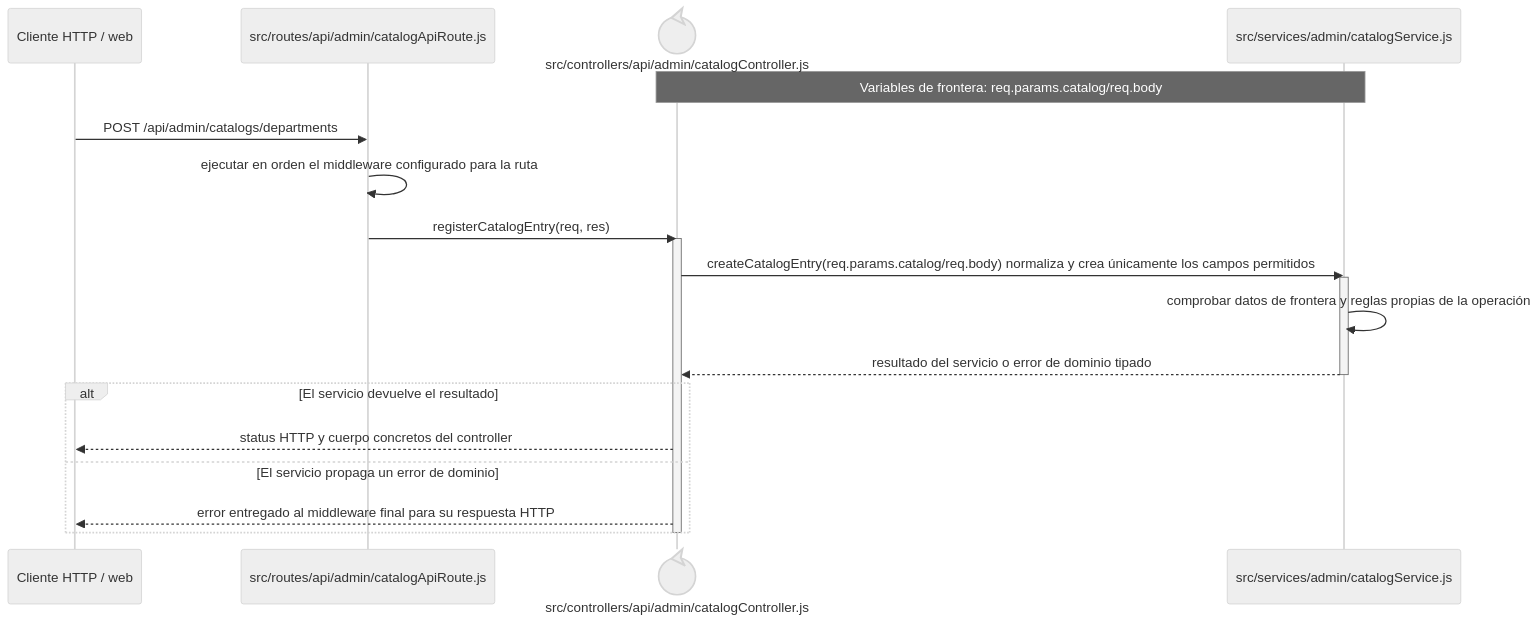
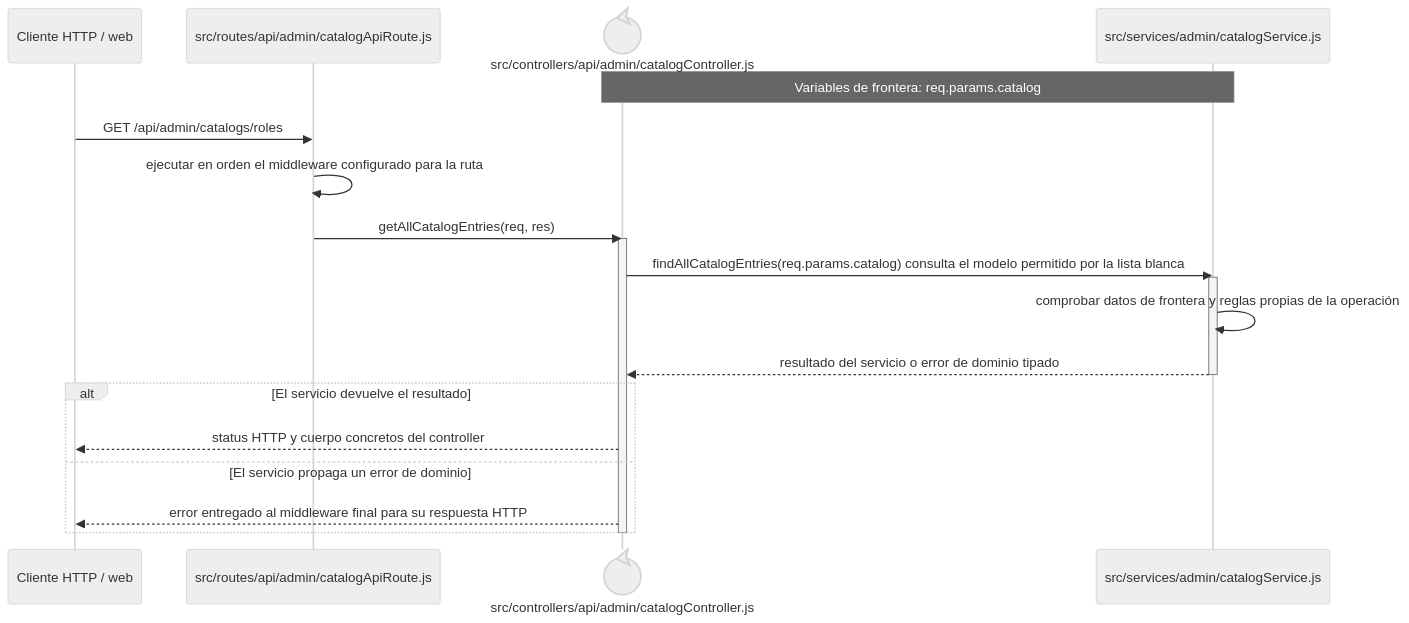
Before and after one commit to gpgsistemas01/nexus: the diagram in docs/architecture/backend-code-sequences/catalogs/cu-cat-28.md, drawn with Mermaid (neutral theme). The commit also changed other lines of this file and 207 other files, not shown here.

````diff
--- a/docs/architecture/backend-code-sequences/catalogs/cu-cat-28.md
+++ b/docs/architecture/backend-code-sequences/catalogs/cu-cat-28.md
@@ -6,24 +6,24 @@
 ```mermaid
 sequenceDiagram
     participant Client as Cliente HTTP / web
     participant Route as src/routes/api/admin/catalogApiRoute.js
     participant Controller@{ "type": "control" } as src/controllers/api/admin/catalogController.js
     participant Domain as src/services/admin/catalogService.js
-    Note over Controller,Domain: Variables de frontera: req.params.catalog/req.body
+    Note over Controller,Domain: Variables de frontera: req.params.catalog
 
-    Client->>Route: POST /api/admin/catalogs/departments
+    Client->>Route: GET /api/admin/catalogs/roles
     Route->>Route: ejecutar en orden el middleware configurado para la ruta
-    Route->>Controller: registerCatalogEntry(req, res)
+    Route->>Controller: getAllCatalogEntries(req, res)
     activate Controller
-    Controller->>Domain: createCatalogEntry(req.params.catalog/req.body) normaliza y crea únicamente los campos permitidos
+    Controller->>Domain: findAllCatalogEntries(req.params.catalog) consulta el modelo permitido por la lista blanca
     activate Domain
     Domain->>Domain: comprobar datos de frontera y reglas propias de la operación
     Domain-->>Controller: resultado del servicio o error de dominio tipado
     deactivate Domain
     alt El servicio devuelve el resultado
         Controller-->>Client: status HTTP y cuerpo concretos del controller
     else El servicio propaga un error de dominio
         Controller-->>Client: error entregado al middleware final para su respuesta HTTP
     end
     deactivate Controller
 ```
````
